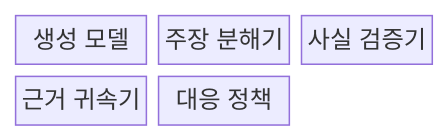
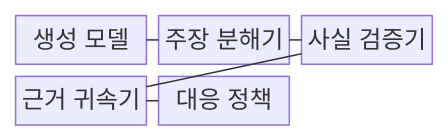
One commit to agnusdei1207/knowledge-base changed the first of 2 diagrams in src/content/docs/notes/08-latest-tech/083_ai_hallucination.md. Above: the diagram before and after it, drawn with Mermaid. The commit also changed other lines of this file and 228 other files, not shown here.

````diff
--- a/src/content/docs/notes/08-latest-tech/083_ai_hallucination.md
+++ b/src/content/docs/notes/08-latest-tech/083_ai_hallucination.md
@@ -49,9 +49,13 @@
 ```mermaid
 block-beta
     columns 3
     G["생성 모델"]
     C["주장 분해기"]
     F["사실 검증기"]
     A["근거 귀속기"]
     P["대응 정책"]
+    G --- C
+    C --- F
+    F --- A
+    A --- P
 ```
````
